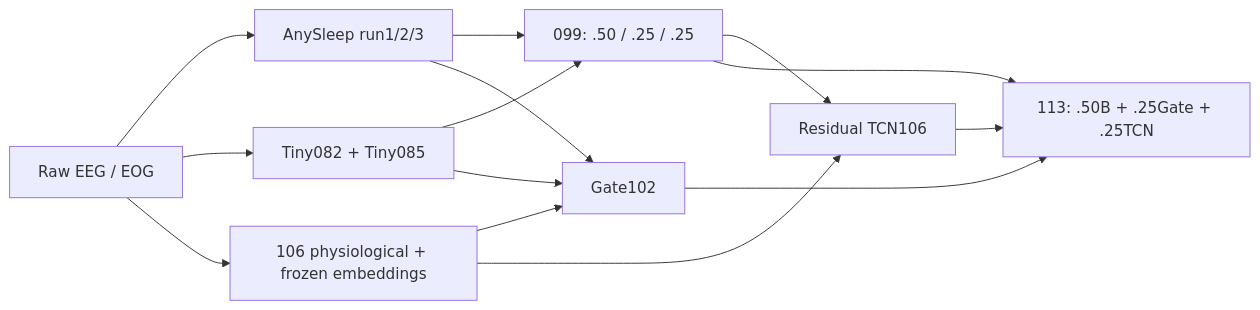
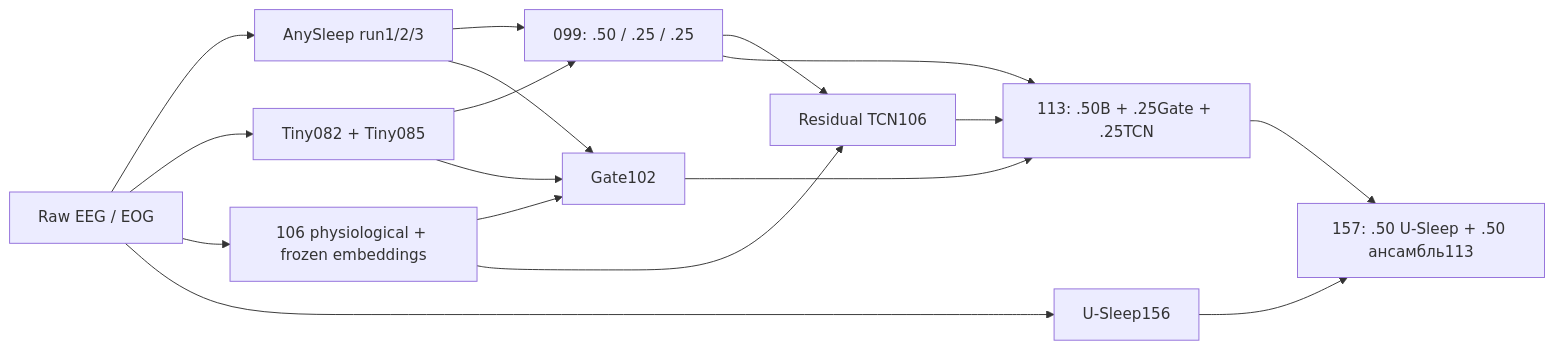
Before and after one commit to revlze/sleep-edf-classification: the diagram in final/docs/solution.md, drawn with Mermaid. The commit also changed other lines of this file and 26 other files, not shown here.

````diff
--- a/final/docs/solution.md
+++ b/final/docs/solution.md
@@ -7,16 +7,19 @@
 ```mermaid
 flowchart LR
   X[Raw EEG / EOG] --> A[AnySleep run1/2/3]
   X --> T[Tiny082 + Tiny085]
   A --> B[099: .50 / .25 / .25]
   T --> B
   X --> F[106 physiological + frozen embeddings]
   A --> G[Gate102]
   T --> G
   F --> G
   F --> C[Residual TCN106]
   B --> C
   B --> Z[113: .50B + .25Gate + .25TCN]
   G --> Z
   C --> Z
+  X --> U[U-Sleep156]
+  Z --> R[157: .50 U-Sleep + .50 ансамбль113]
+  U --> R
 ```
````
